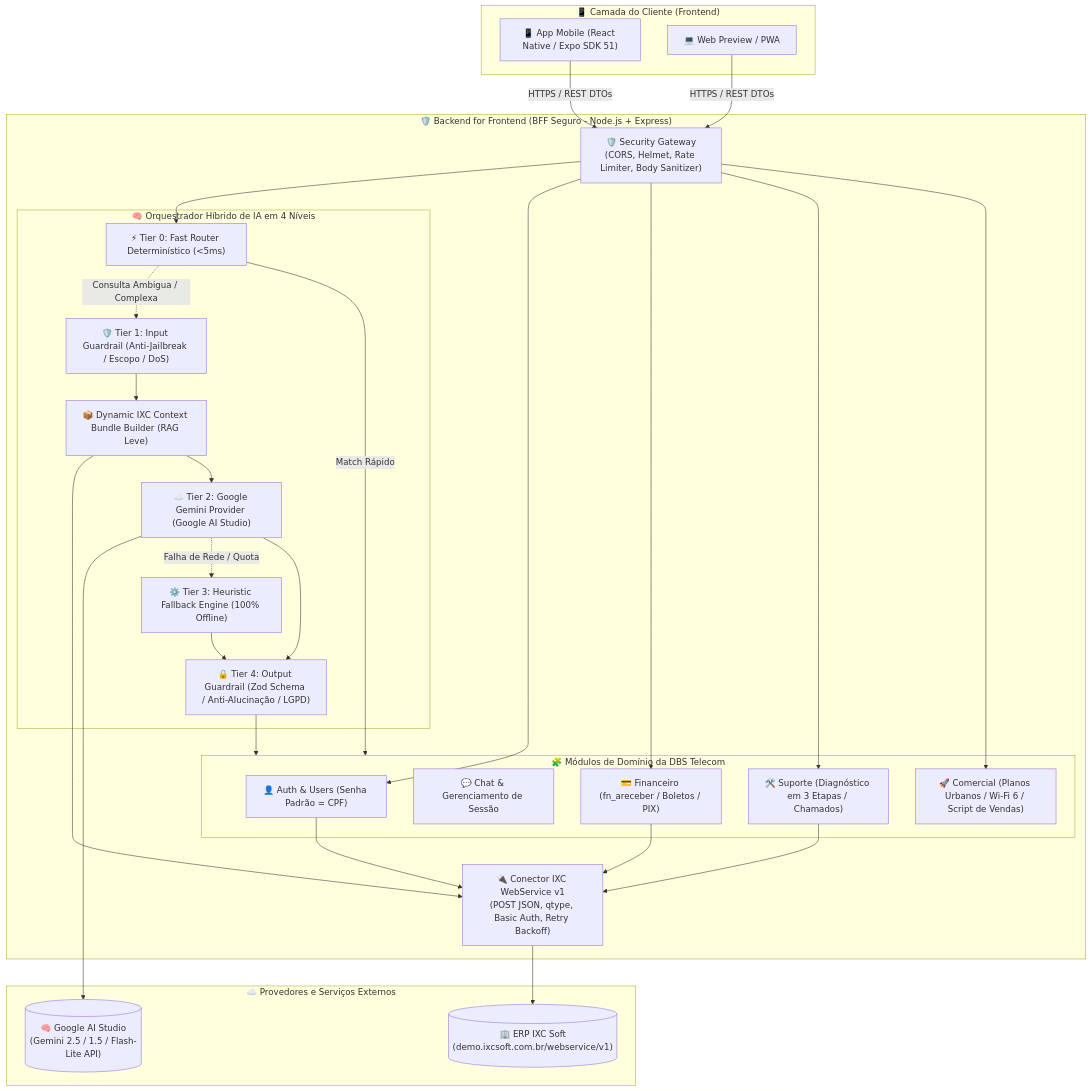
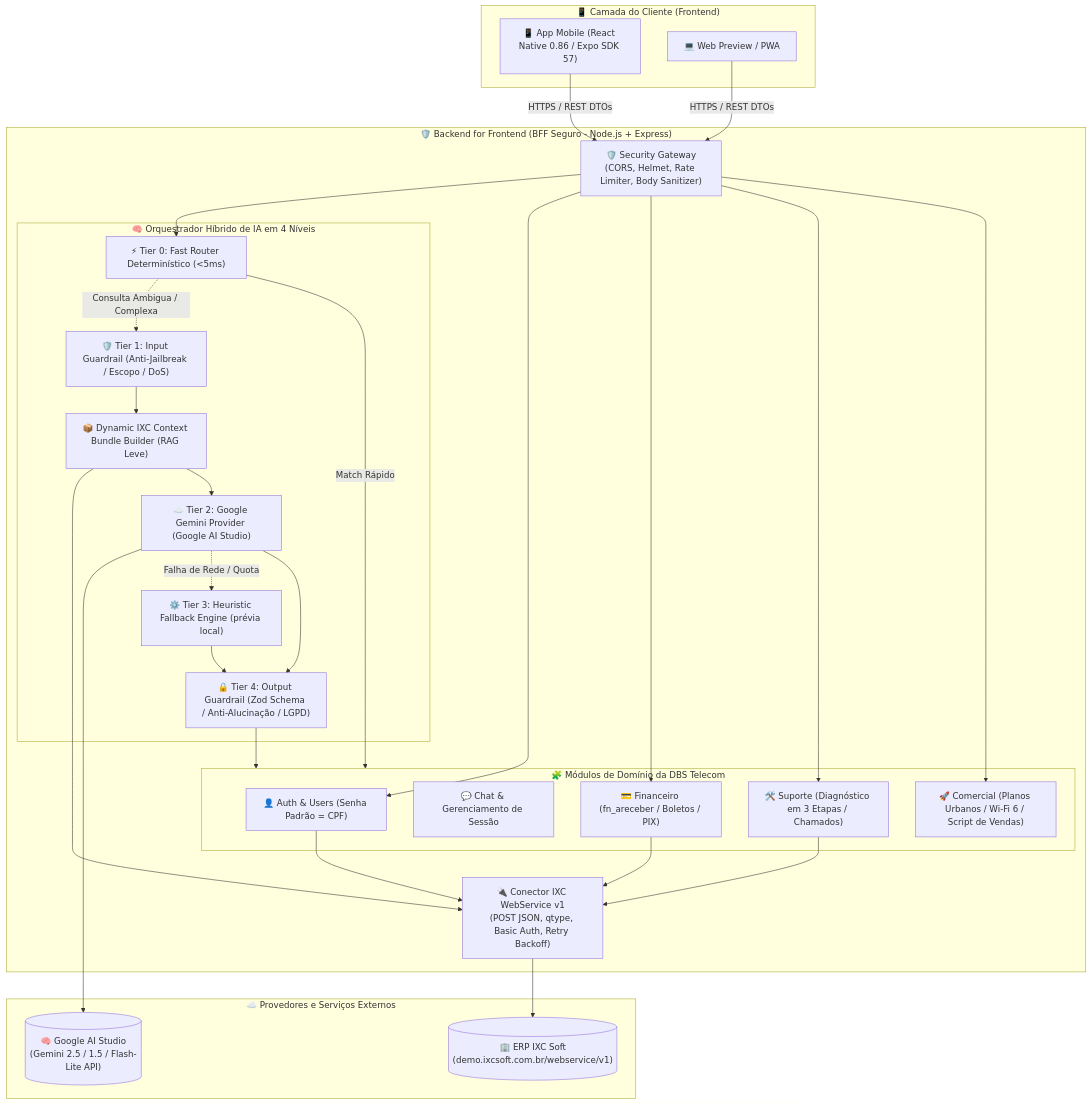
One commit to JPClow3/dbs-telecom changed the first of 5 diagrams in docs/ARQUITETURA.md. Above: the diagram before and after it, drawn with Mermaid. The commit also changed other lines of this file and 158 other files, not shown here.

Commit message:
feat: publish Cloudflare Neon backend and mobile app

````diff
--- a/docs/ARQUITETURA.md
+++ b/docs/ARQUITETURA.md
@@ -11,53 +11,53 @@
 ```mermaid
 graph TB
     subgraph ClientSpace["📱 Camada do Cliente (Frontend)"]
-        MobileApp["📱 App Mobile (React Native / Expo SDK 51)"]
+        MobileApp["📱 App Mobile (React Native 0.86 / Expo SDK 57)"]
         WebPreview["💻 Web Preview / PWA"]
     end
 
     subgraph BFFSpace["🛡️ Backend for Frontend (BFF Seguro - Node.js + Express)"]
         SecurityGateway["🛡️ Security Gateway\n(CORS, Helmet, Rate Limiter, Body Sanitizer)"]
 
         subgraph AIEngine["🧠 Orquestrador Híbrido de IA em 4 Níveis"]
             Tier0["⚡ Tier 0: Fast Router Determinístico (<5ms)"]
             Tier1["🛡️ Tier 1: Input Guardrail (Anti-Jailbreak / Escopo / DoS)"]
             ContextBuilder["📦 Dynamic IXC Context Bundle Builder (RAG Leve)"]
             Tier2["☁️ Tier 2: Google Gemini Provider (Google AI Studio)"]
-            Tier3["⚙️ Tier 3: Heuristic Fallback Engine (100% Offline)"]
+            Tier3["⚙️ Tier 3: Heuristic Fallback Engine (prévia local)"]
             Tier4["🔒 Tier 4: Output Guardrail (Zod Schema / Anti-Alucinação / LGPD)"]
         end
 
         subgraph Modules["🧩 Módulos de Domínio da DBS Telecom"]
             AuthModule["👤 Auth & Users (Senha Padrão = CPF)"]
             ChatModule["💬 Chat & Gerenciamento de Sessão"]
             FinModule["💳 Financeiro (fn_areceber / Boletos / PIX)"]
             SupModule["🛠️ Suporte (Diagnóstico em 3 Etapas / Chamados)"]
             ComModule["🚀 Comercial (Planos Urbanos / Wi-Fi 6 / Script de Vendas)"]
         end
 
         IXCConnector["🔌 Conector IXC WebService v1\n(POST JSON, qtype, Basic Auth, Retry Backoff)"]
     end
 
     subgraph ExternalAPIs["☁️ Provedores e Serviços Externos"]
         IXCServer[("🏢 ERP IXC Soft\n(demo.ixcsoft.com.br/webservice/v1)")]
         GoogleAIStudio[("🧠 Google AI Studio\n(Gemini 2.5 / 1.5 / Flash-Lite API)")]
     end
 
     MobileApp -->|HTTPS / REST DTOs| SecurityGateway
     WebPreview -->|HTTPS / REST DTOs| SecurityGateway
     SecurityGateway --> Tier0
     Tier0 -->|Match Rápido| Modules
     Tier0 -.->|Consulta Ambigua / Complexa| Tier1
     Tier1 --> ContextBuilder
     ContextBuilder --> IXCConnector
     IXCConnector --> IXCServer
     ContextBuilder --> Tier2
     Tier2 --> GoogleAIStudio
     Tier2 -.->|Falha de Rede / Quota| Tier3
     Tier2 --> Tier4
     Tier3 --> Tier4
     Tier4 --> Modules
 
     SecurityGateway --> AuthModule & FinModule & SupModule & ComModule
     AuthModule & FinModule & SupModule --> IXCConnector
 ```
````
